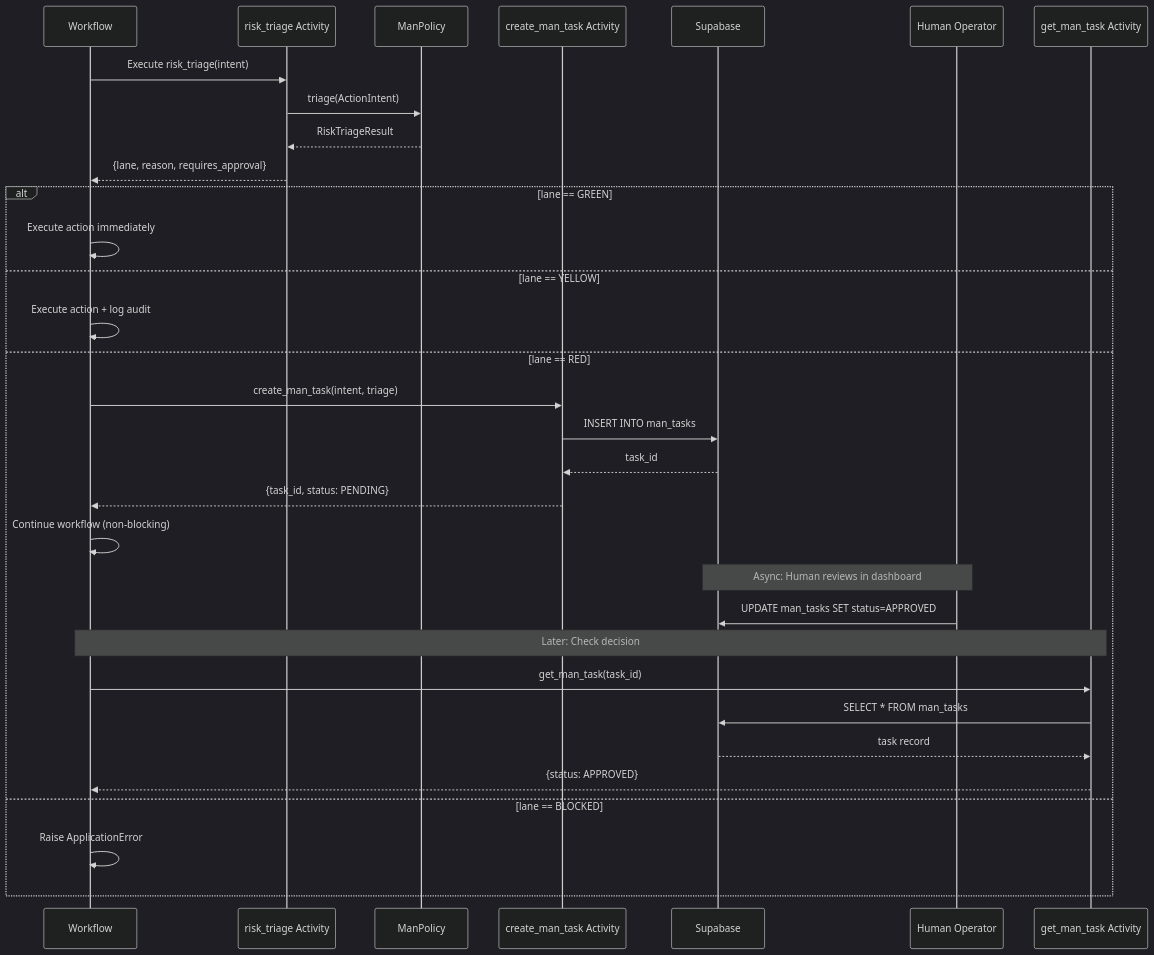
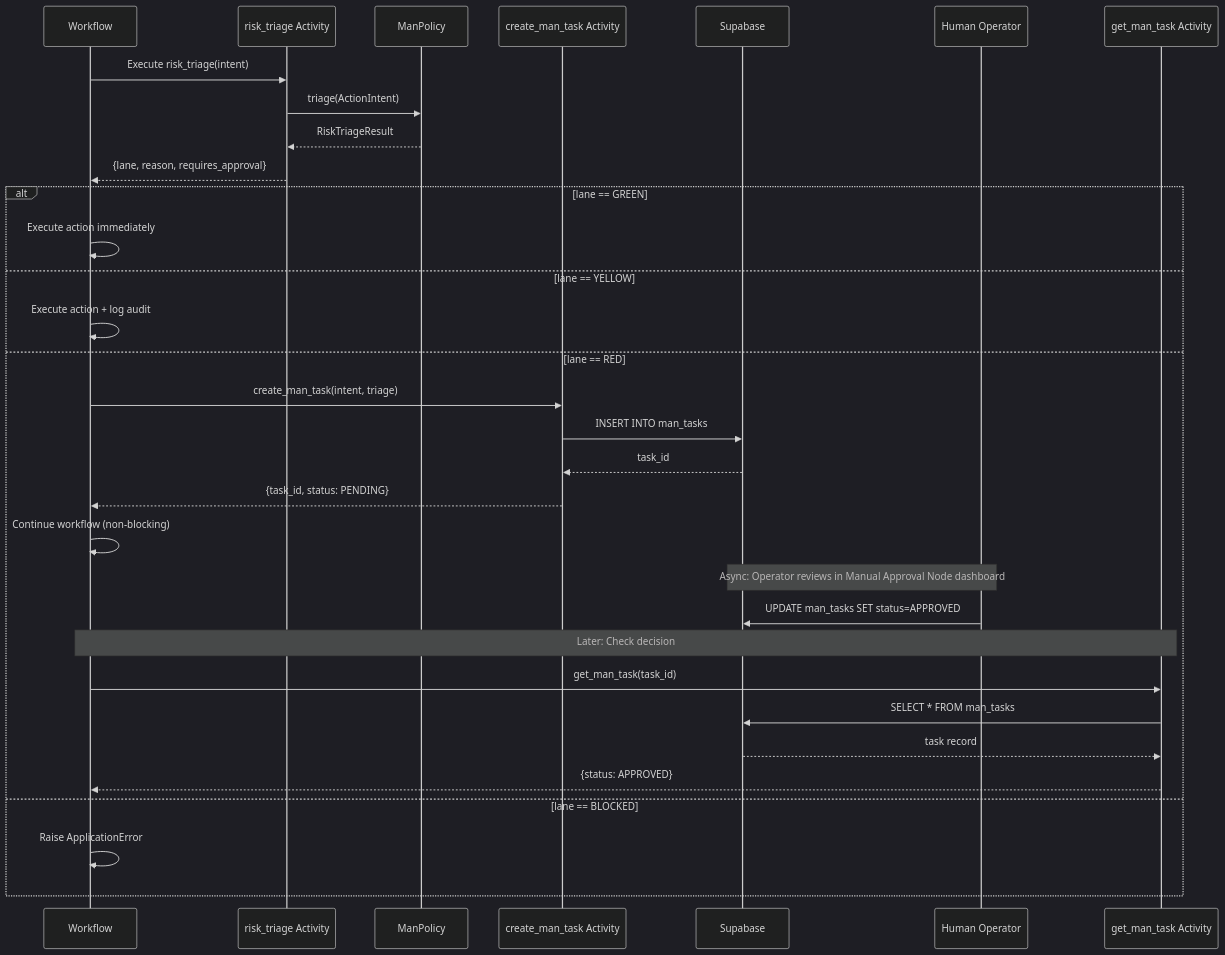
Before and after one commit to aoid-org/APEX-OmniHub: the fourth of 8 diagrams in docs/architecture/MAN_MODE_WORKFLOW_DIAGRAMS.md, drawn with Mermaid (dark theme). The commit also changed other lines of this file and 35 other files, not shown here.

````diff
--- a/docs/architecture/MAN_MODE_WORKFLOW_DIAGRAMS.md
+++ b/docs/architecture/MAN_MODE_WORKFLOW_DIAGRAMS.md
@@ -142,38 +142,38 @@
 ```mermaid
 sequenceDiagram
     participant W as Workflow
     participant RT as risk_triage Activity
     participant P as ManPolicy
     participant CT as create_man_task Activity
     participant DB as Supabase
     participant H as Human Operator
     participant GT as get_man_task Activity
 
     W->>RT: Execute risk_triage(intent)
     RT->>P: triage(ActionIntent)
     P-->>RT: RiskTriageResult
     RT-->>W: {lane, reason, requires_approval}
 
     alt lane == GREEN
         W->>W: Execute action immediately
     else lane == YELLOW
         W->>W: Execute action + log audit
     else lane == RED
         W->>CT: create_man_task(intent, triage)
         CT->>DB: INSERT INTO man_tasks
         DB-->>CT: task_id
         CT-->>W: {task_id, status: PENDING}
         W->>W: Continue workflow (non-blocking)
 
-        Note over H,DB: Async: Human reviews in dashboard
+        Note over H,DB: Async: Operator reviews in Manual Approval Node dashboard
         H->>DB: UPDATE man_tasks SET status=APPROVED
 
         Note over W,GT: Later: Check decision
         W->>GT: get_man_task(task_id)
         GT->>DB: SELECT * FROM man_tasks
         DB-->>GT: task record
         GT-->>W: {status: APPROVED}
     else lane == BLOCKED
         W->>W: Raise ApplicationError
     end
 ```
````
